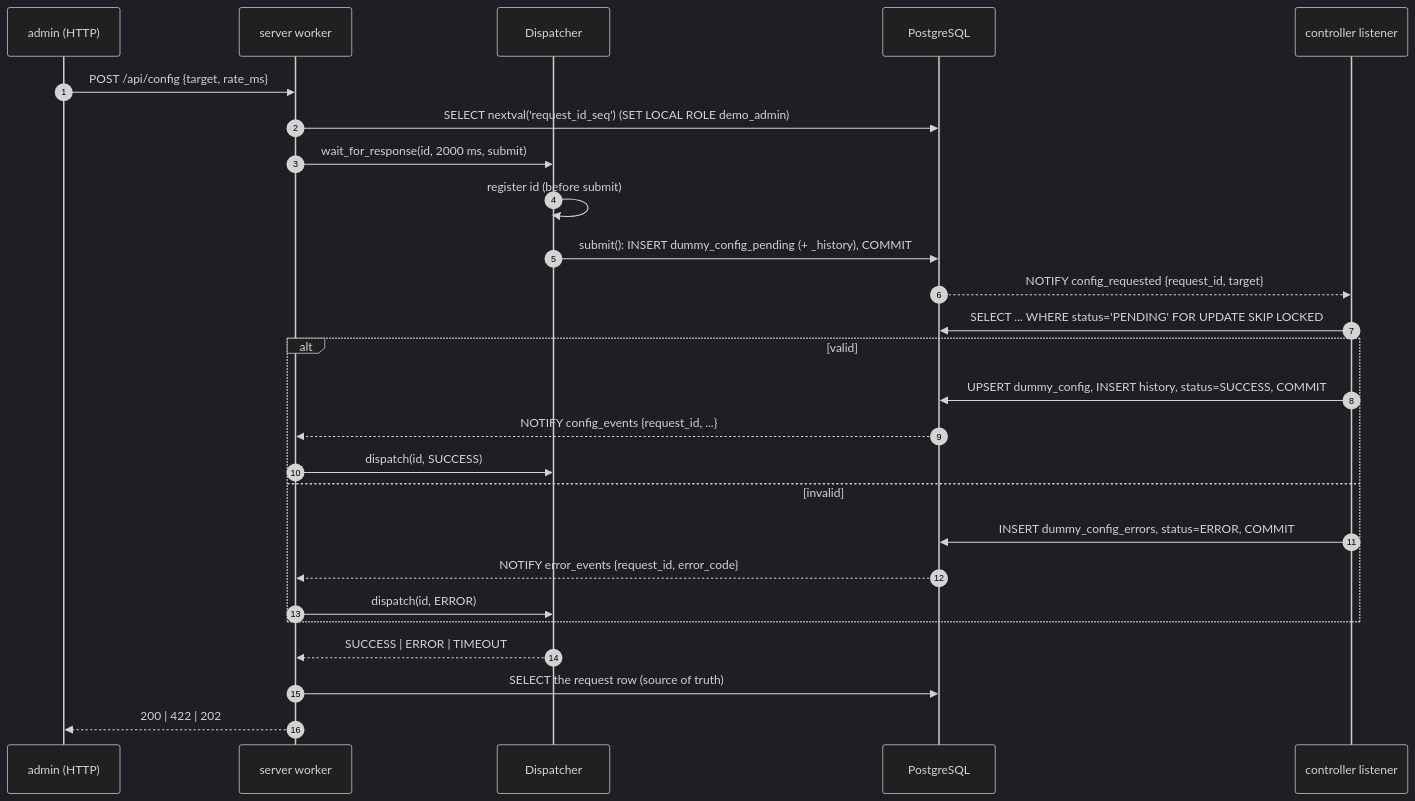
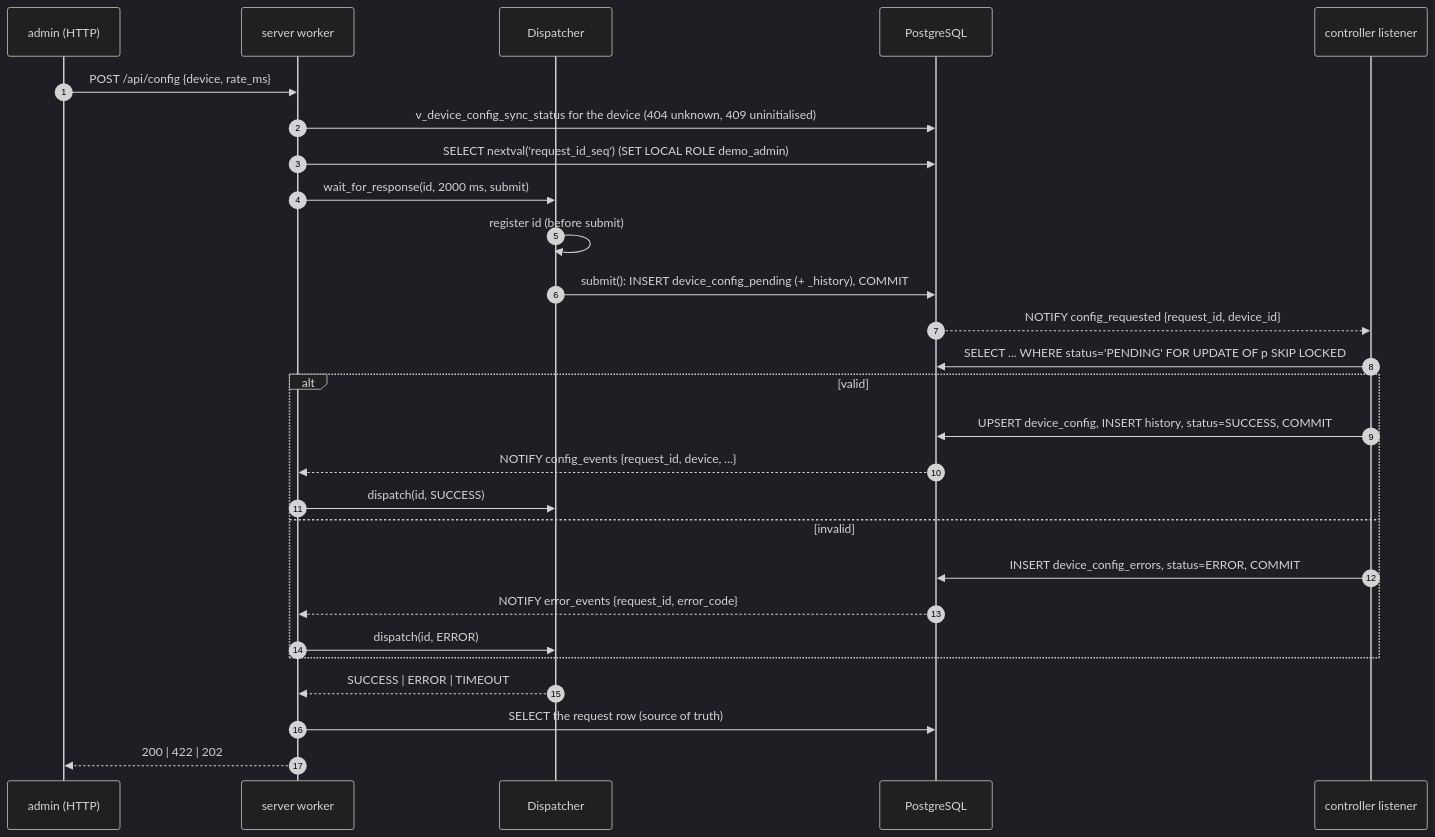
The third of 4 diagrams in docs/ARCHITECTURE.md (jgmatu/postgresql), drawn with Mermaid (dark theme) before and after one commit. The commit also changed other lines of this file and 39 other files, not shown here.

````diff
--- a/docs/ARCHITECTURE.md
+++ b/docs/ARCHITECTURE.md
@@ -112,28 +127,29 @@
 ```mermaid
 sequenceDiagram
     autonumber
     participant A as admin (HTTP)
     participant S as server worker
     participant D as Dispatcher
     participant PG as PostgreSQL
     participant C as controller listener
-    A->>S: POST /api/config {target, rate_ms}
+    A->>S: POST /api/config {device, rate_ms}
+    S->>PG: v_device_config_sync_status for the device (404 unknown, 409 uninitialised)
     S->>PG: SELECT nextval('request_id_seq')  (SET LOCAL ROLE demo_admin)
     S->>D: wait_for_response(id, 2000 ms, submit)
     D->>D: register id (before submit)
-    D->>PG: submit(): INSERT dummy_config_pending (+ _history), COMMIT
-    PG-->>C: NOTIFY config_requested {request_id, target}
-    C->>PG: SELECT ... WHERE status='PENDING' FOR UPDATE SKIP LOCKED
+    D->>PG: submit(): INSERT device_config_pending (+ _history), COMMIT
+    PG-->>C: NOTIFY config_requested {request_id, device_id}
+    C->>PG: SELECT ... WHERE status='PENDING' FOR UPDATE OF p SKIP LOCKED
     alt valid
-        C->>PG: UPSERT dummy_config, INSERT history, status=SUCCESS, COMMIT
-        PG-->>S: NOTIFY config_events {request_id, ...}
+        C->>PG: UPSERT device_config, INSERT history, status=SUCCESS, COMMIT
+        PG-->>S: NOTIFY config_events {request_id, device, ...}
         S->>D: dispatch(id, SUCCESS)
     else invalid
-        C->>PG: INSERT dummy_config_errors, status=ERROR, COMMIT
+        C->>PG: INSERT device_config_errors, status=ERROR, COMMIT
         PG-->>S: NOTIFY error_events {request_id, error_code}
         S->>D: dispatch(id, ERROR)
     end
     D-->>S: SUCCESS | ERROR | TIMEOUT
     S->>PG: SELECT the request row (source of truth)
     S-->>A: 200 | 422 | 202
 ```
````
